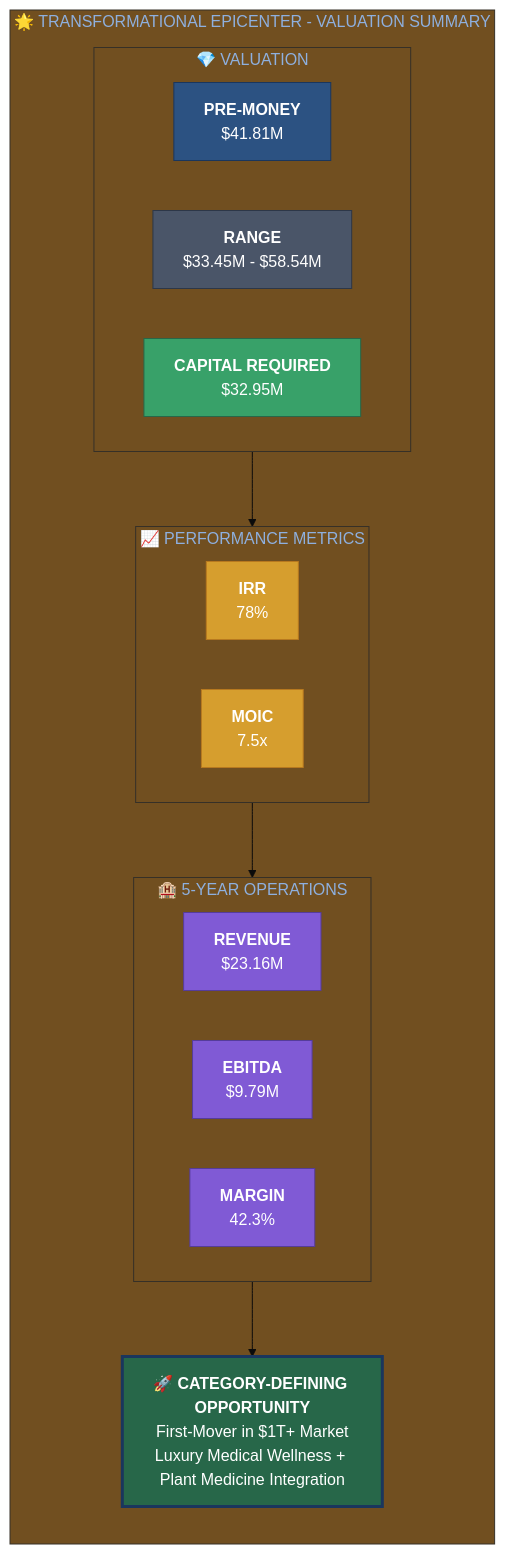
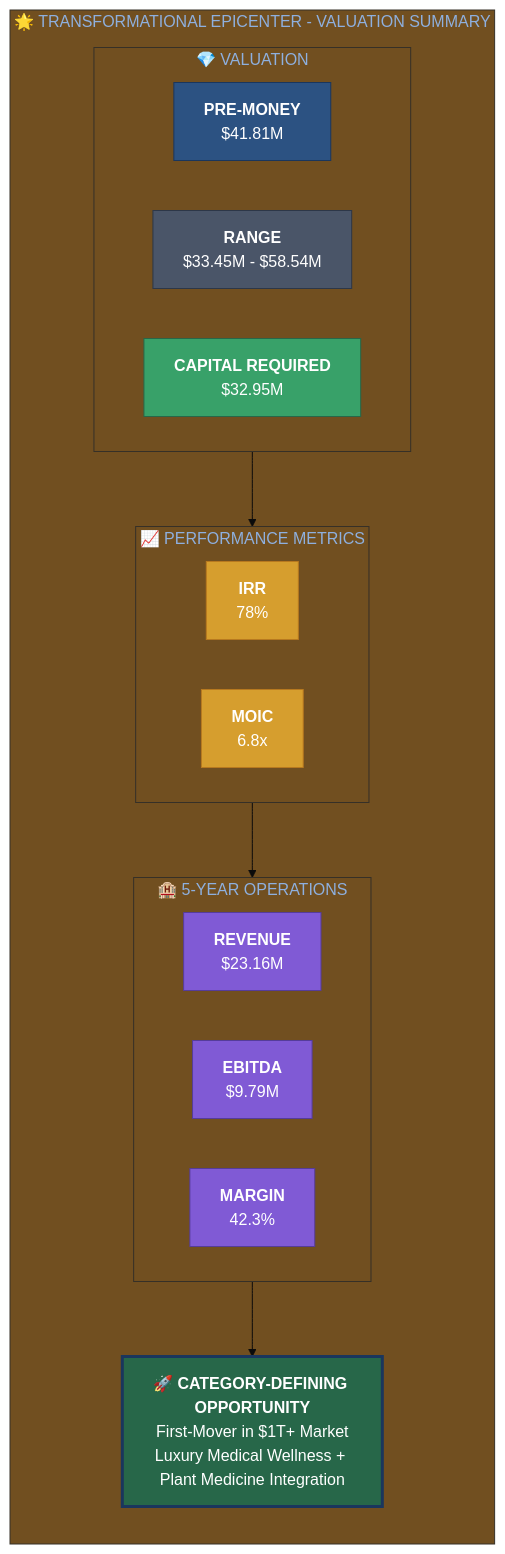
Before and after one commit to Light-Brands/epic-center: diagram 36 of 37 in docs/pitch-packet/AI_VALUATION_REPORT_VISUAL.md, drawn with Mermaid. The commit also changed other lines of this file and 65 other files, not shown here.

````diff
--- a/docs/pitch-packet/AI_VALUATION_REPORT_VISUAL.md
+++ b/docs/pitch-packet/AI_VALUATION_REPORT_VISUAL.md
@@ -1728,43 +1728,43 @@
 ```mermaid
 %%{init: {'theme': 'base', 'themeVariables': { 'primaryColor': '#1a365d', 'primaryTextColor': '#fff'}}}%%
 flowchart TB
     subgraph FINAL["🌟 TRANSFORMATIONAL EPICENTER - VALUATION SUMMARY"]
         direction TB
 
         subgraph VALUE["💎 VALUATION"]
             direction LR
             PRE["<b>PRE-MONEY</b><br/>$41.81M"]
             RANGE["<b>RANGE</b><br/>$33.45M - $58.54M"]
             CAP["<b>CAPITAL REQUIRED</b><br/>$32.95M"]
         end
 
         subgraph PERF["📈 PERFORMANCE METRICS"]
             direction LR
             IRR["<b>IRR</b><br/>78%"]
-            MOIC["<b>MOIC</b><br/>7.5x"]
+            MOIC["<b>MOIC</b><br/>6.8x"]
         end
 
         subgraph OPERATIONS["🏨 5-YEAR OPERATIONS"]
             direction LR
             REV["<b>REVENUE</b><br/>$23.16M"]
             EBITDA["<b>EBITDA</b><br/>$9.79M"]
             MARGIN["<b>MARGIN</b><br/>42.3%"]
         end
 
         VALUE --> PERF --> OPERATIONS
 
         CTA["🚀 <b>CATEGORY-DEFINING OPPORTUNITY</b><br/>First-Mover in $1T+ Market<br/>Luxury Medical Wellness + Plant Medicine Integration"]
 
         OPERATIONS --> CTA
     end
 
     style PRE fill:#2c5282,stroke:#1a365d,color:#fff
     style RANGE fill:#4a5568,stroke:#2d3748,color:#fff
     style CAP fill:#38a169,stroke:#276749,color:#fff
     style IRR fill:#d69e2e,stroke:#b7791f,color:#fff
     style MOIC fill:#d69e2e,stroke:#b7791f,color:#fff
     style REV fill:#805ad5,stroke:#553c9a,color:#fff
     style EBITDA fill:#805ad5,stroke:#553c9a,color:#fff
     style MARGIN fill:#805ad5,stroke:#553c9a,color:#fff
     style CTA fill:#276749,stroke:#1a365d,stroke-width:3px,color:#fff
 ```
````
